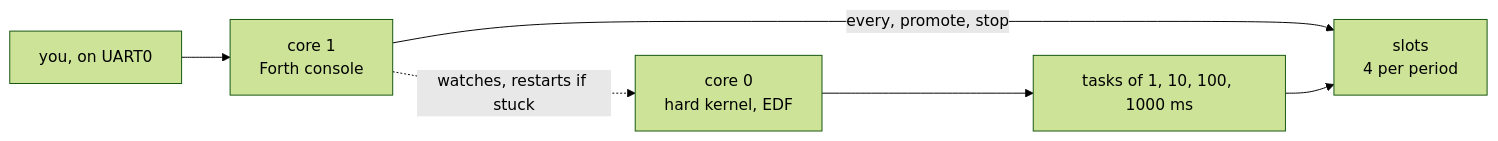
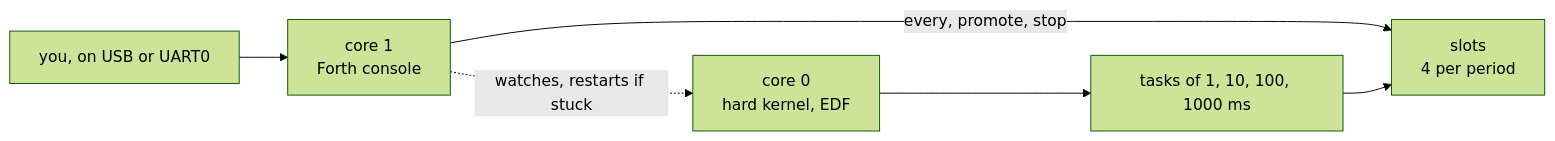
The diagram in README.md (beber007/escapement-forth), drawn with Mermaid (forest theme) before and after one commit. The commit also changed other lines of this file and 10 other files, not shown here.

````diff
--- a/README.md
+++ b/README.md
@@ -64,8 +64,8 @@
 ```mermaid
 flowchart LR
-  you["you, on UART0"] --> c1["core 1<br>Forth console"]
+  you["you, on USB or UART0"] --> c1["core 1<br>Forth console"]
   c1 -- "every, promote, stop" --> slots["slots<br>4 per period"]
   c0["core 0<br>hard kernel, EDF"] --> tasks["tasks of 1, 10, 100, 1000 ms"]
   tasks --> slots
   c1 -. "watches, restarts if stuck" .-> c0
 ```
````
